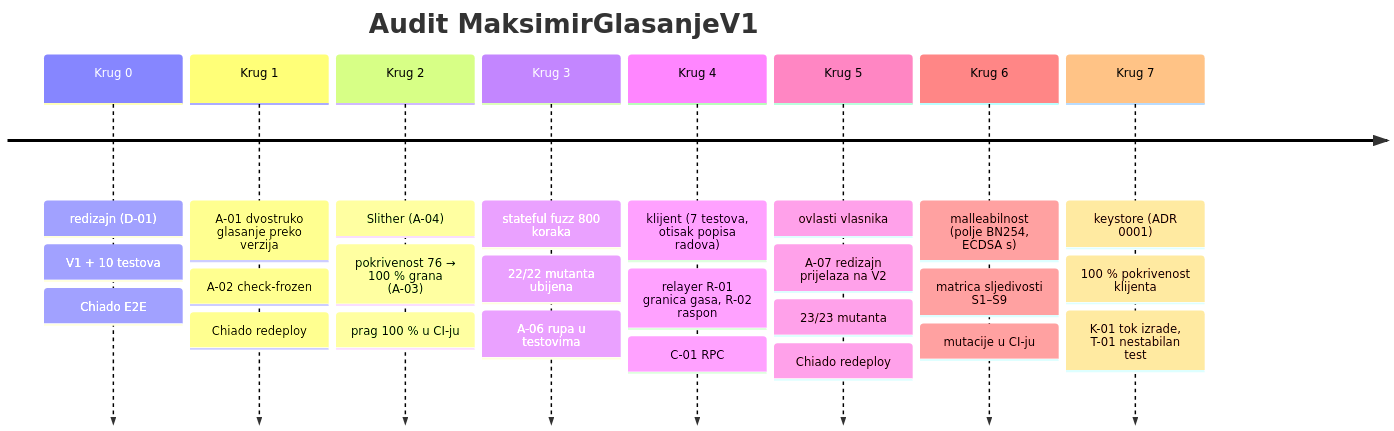
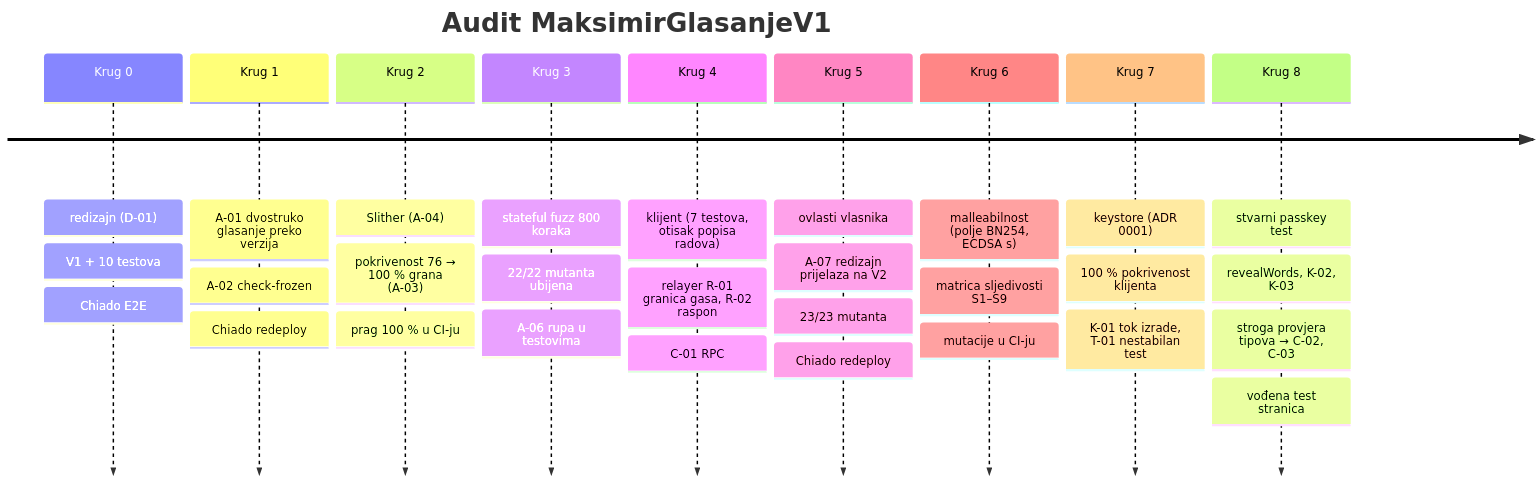
The first of 4 diagrams in docs/blockchain/audit/krugovi.md (stepanic/stadion-maksimir-natjecaj-2026), drawn with Mermaid before and after one commit. The commit also changed other lines of this file and 11 other files, not shown here.

First line of the commit message:
feat(glasanje): ponovni prikaz riječi uz passkey, vođena test stranica, strogi tipovi

````diff
--- a/docs/blockchain/audit/krugovi.md
+++ b/docs/blockchain/audit/krugovi.md
@@ -5,12 +5,13 @@
 ```mermaid
 timeline
   title Audit MaksimirGlasanjeV1
   Krug 0 : redizajn (D-01) : V1 + 10 testova : Chiado E2E
   Krug 1 : A-01 dvostruko glasanje preko verzija : A-02 check-frozen : Chiado redeploy
   Krug 2 : Slither (A-04) : pokrivenost 76 → 100 % grana (A-03) : prag 100 % u CI-ju
   Krug 3 : stateful fuzz 800 koraka : 22/22 mutanta ubijena : A-06 rupa u testovima
   Krug 4 : klijent (7 testova, otisak popisa radova) : relayer R-01 granica gasa, R-02 raspon : C-01 RPC
   Krug 5 : ovlasti vlasnika : A-07 redizajn prijelaza na V2 : 23/23 mutanta : Chiado redeploy
   Krug 6 : malleabilnost (polje BN254, ECDSA s) : matrica sljedivosti S1–S9 : mutacije u CI-ju
   Krug 7 : keystore (ADR 0001) : 100 % pokrivenost klijenta : K-01 tok izrade, T-01 nestabilan test
+  Krug 8 : stvarni passkey test : revealWords, K-02, K-03 : stroga provjera tipova → C-02, C-03 : vođena test stranica
 ```
````
